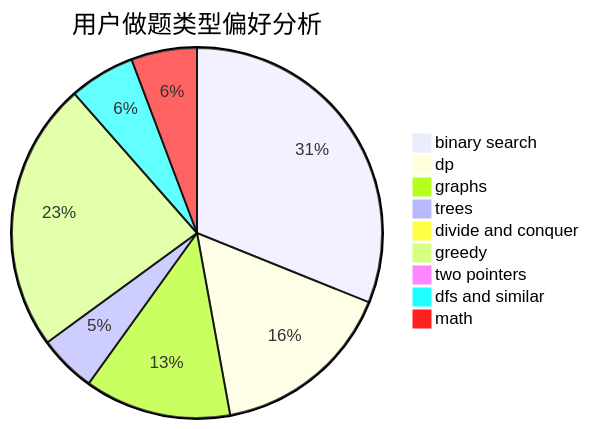
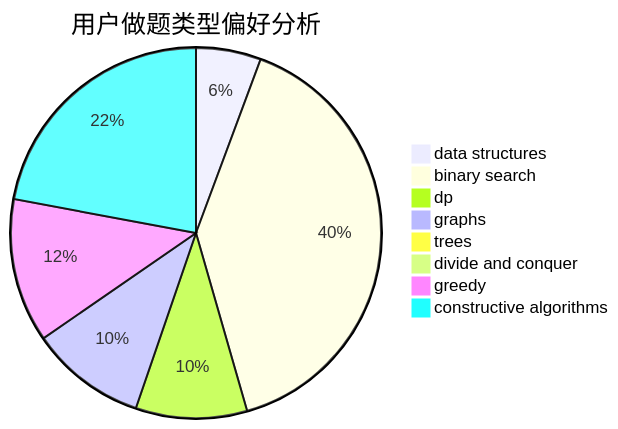
Before and after one commit to sherpahu/cfrs.github.io: the second of 3 diagrams in docs/user/u492.md, drawn with Mermaid. The commit also changed other lines of this file and 2775 other files, not shown here.

````diff
--- a/docs/user/u492.md
+++ b/docs/user/u492.md
@@ -23,12 +23,11 @@
 ```mermaid
 pie title 用户做题类型偏好分析
-    "binary search" :  260
-    "dp" :  134
-    "graphs" :  107
-    "trees" :  42
-    "divide and conquer" :  4
-    "greedy" :  197
-    "two pointers" :  0
-    "dfs and similar" :  48
-    "math" :  48
+    "data structures" :  28
+    "binary search" :  197
+    "dp" :  48
+    "graphs" :  50
+    "trees" :  3
+    "divide and conquer" :  0
+    "greedy" :  62
+    "constructive algorithms" :  109
 ```
````
